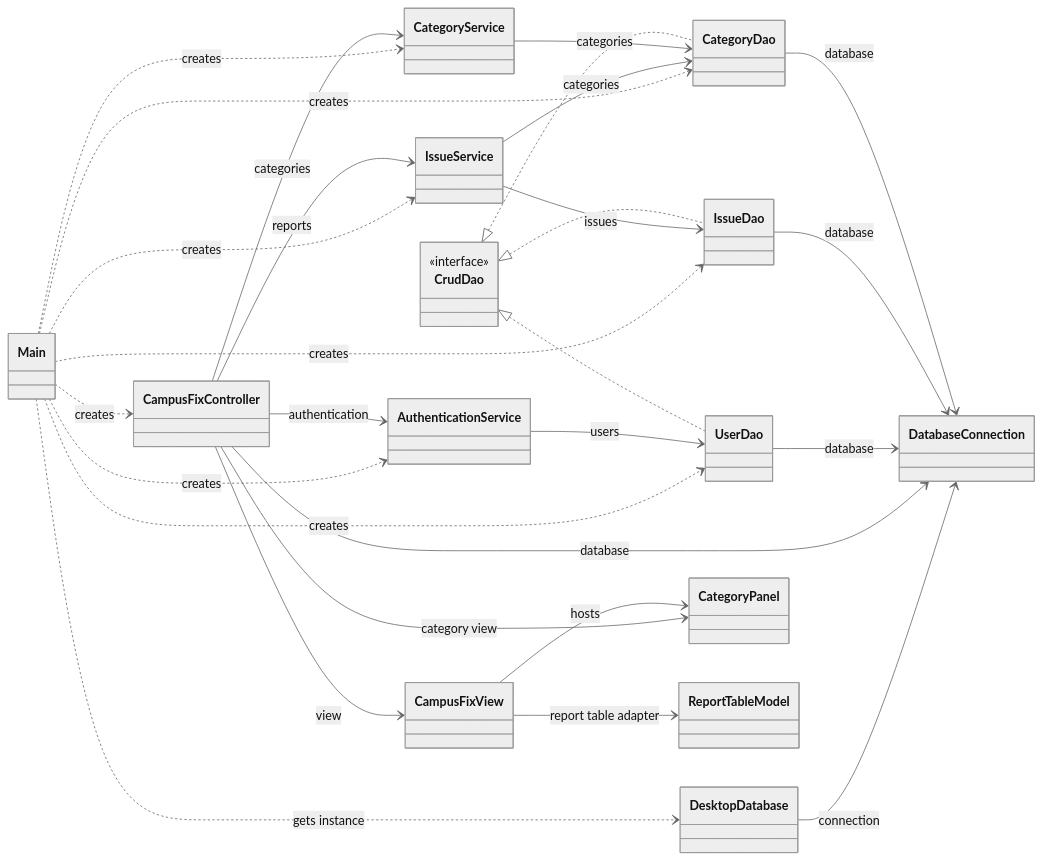
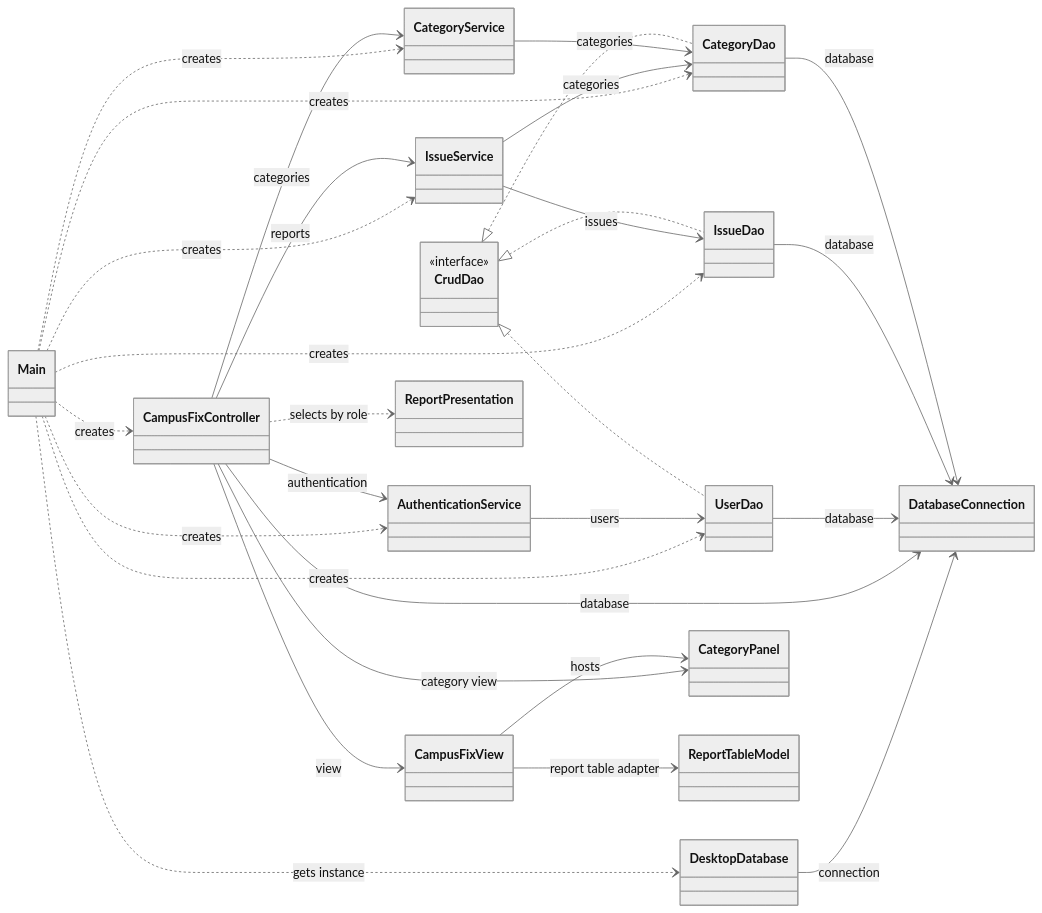
The diagram in docs/java-desktop.md (dfernq/inso-2026-2027-campus-fix), drawn with Mermaid (neutral theme) before and after one commit. The commit also changed other lines of this file and 2 other files, not shown here.

````diff
--- a/docs/java-desktop.md
+++ b/docs/java-desktop.md
@@ -142,34 +160,35 @@
 ```mermaid
 classDiagram
     direction LR
     class CrudDao {
         <<interface>>
     }
     Main ..> CampusFixController : creates
     Main ..> DesktopDatabase : gets instance
     DesktopDatabase --> DatabaseConnection : connection
     Main ..> AuthenticationService : creates
     Main ..> UserDao : creates
     Main ..> IssueService : creates
     Main ..> CategoryService : creates
     Main ..> IssueDao : creates
     Main ..> CategoryDao : creates
     CampusFixController --> CampusFixView : view
+    CampusFixController ..> ReportPresentation : selects by role
     CampusFixController --> CategoryPanel : category view
     CampusFixView --> CategoryPanel : hosts
     CampusFixView --> ReportTableModel : report table adapter
     CampusFixController --> DatabaseConnection : database
     CampusFixController --> AuthenticationService : authentication
     CampusFixController --> IssueService : reports
     CampusFixController --> CategoryService : categories
     AuthenticationService --> UserDao : users
     IssueService --> IssueDao : issues
     IssueService --> CategoryDao : categories
     CategoryService --> CategoryDao : categories
     UserDao --> DatabaseConnection : database
     IssueDao --> DatabaseConnection : database
     CategoryDao --> DatabaseConnection : database
     CrudDao <|.. UserDao
     CrudDao <|.. IssueDao
     CrudDao <|.. CategoryDao
 ```
````
